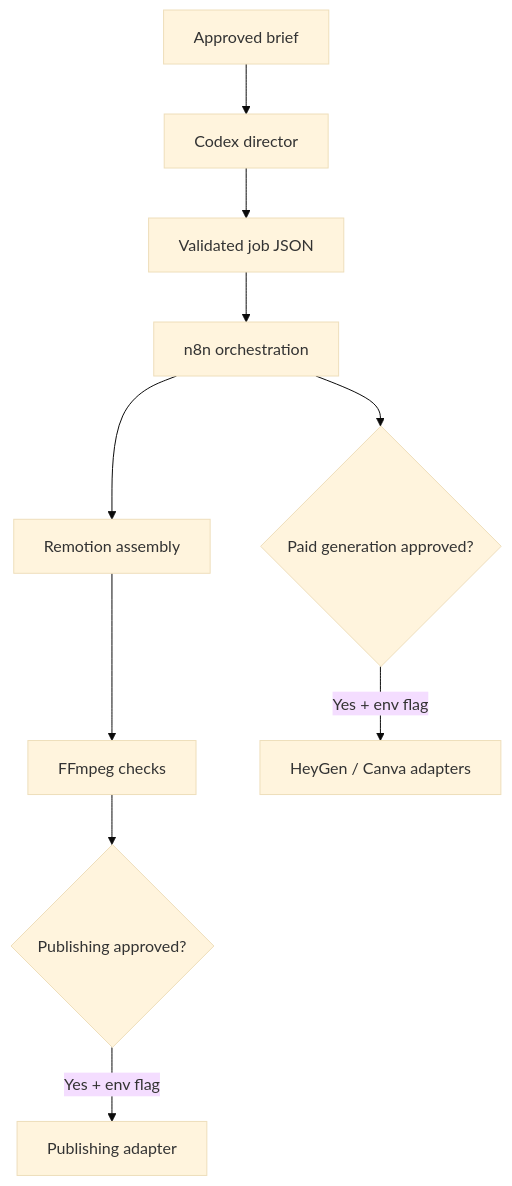
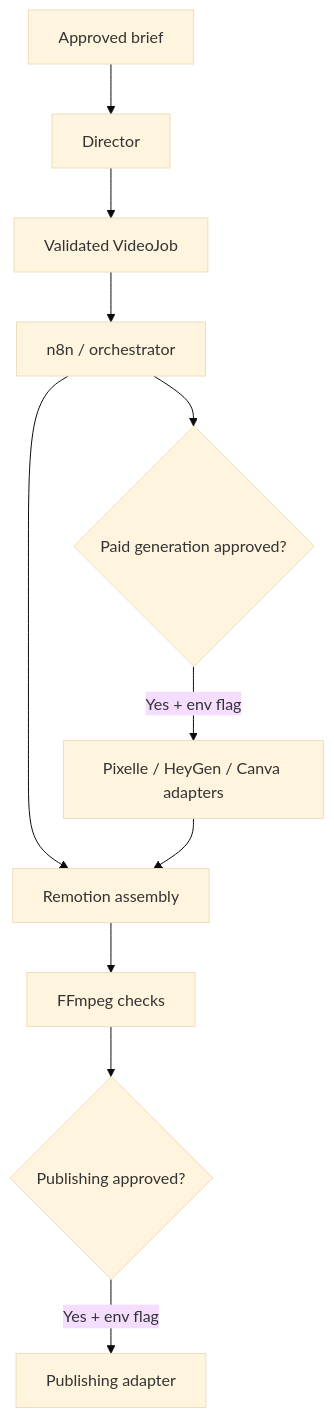
One commit to lawwcbmc-web/agentic-video-workflow changed the diagram in README.md. Above: the diagram before and after it, drawn with Mermaid (base theme). The commit also changed other lines of this file and 12 other files, not shown here.

First line of the commit message:
Add Pixelle scene-generation integration

````diff
--- a/README.md
+++ b/README.md
@@ -29,12 +29,13 @@
 ```mermaid
 flowchart TD
-  A[Approved brief] --> B[Codex director]
-  B --> C[Validated job JSON]
-  C --> D[n8n orchestration]
+  A[Approved brief] --> B[Director]
+  B --> C[Validated VideoJob]
+  C --> D[n8n / orchestrator]
   D --> E[Remotion assembly]
+  D --> G{Paid generation approved?}
+  G -->|Yes + env flag| H[Pixelle / HeyGen / Canva adapters]
+  H --> E
   E --> F[FFmpeg checks]
-  D --> G{Paid generation approved?}
-  G -->|Yes + env flag| H[HeyGen / Canva adapters]
   F --> I{Publishing approved?}
   I -->|Yes + env flag| J[Publishing adapter]
 ```
````
